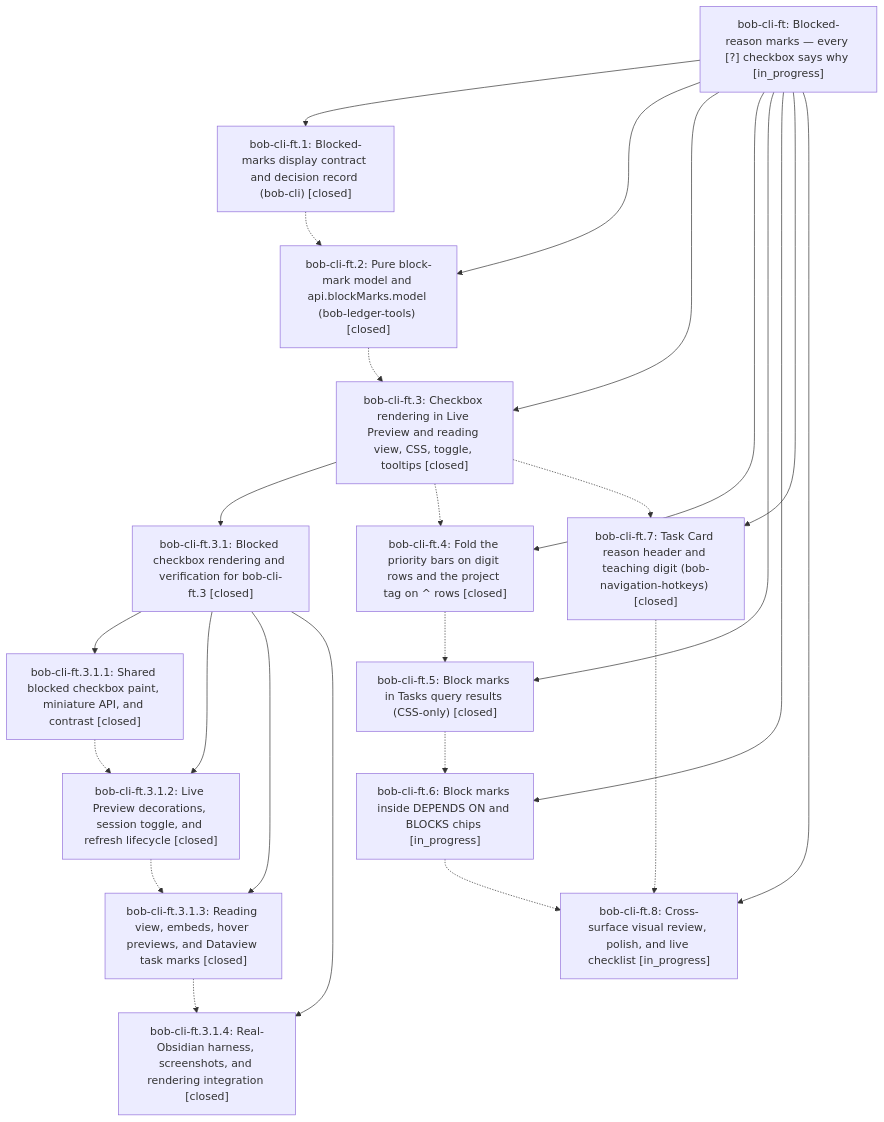
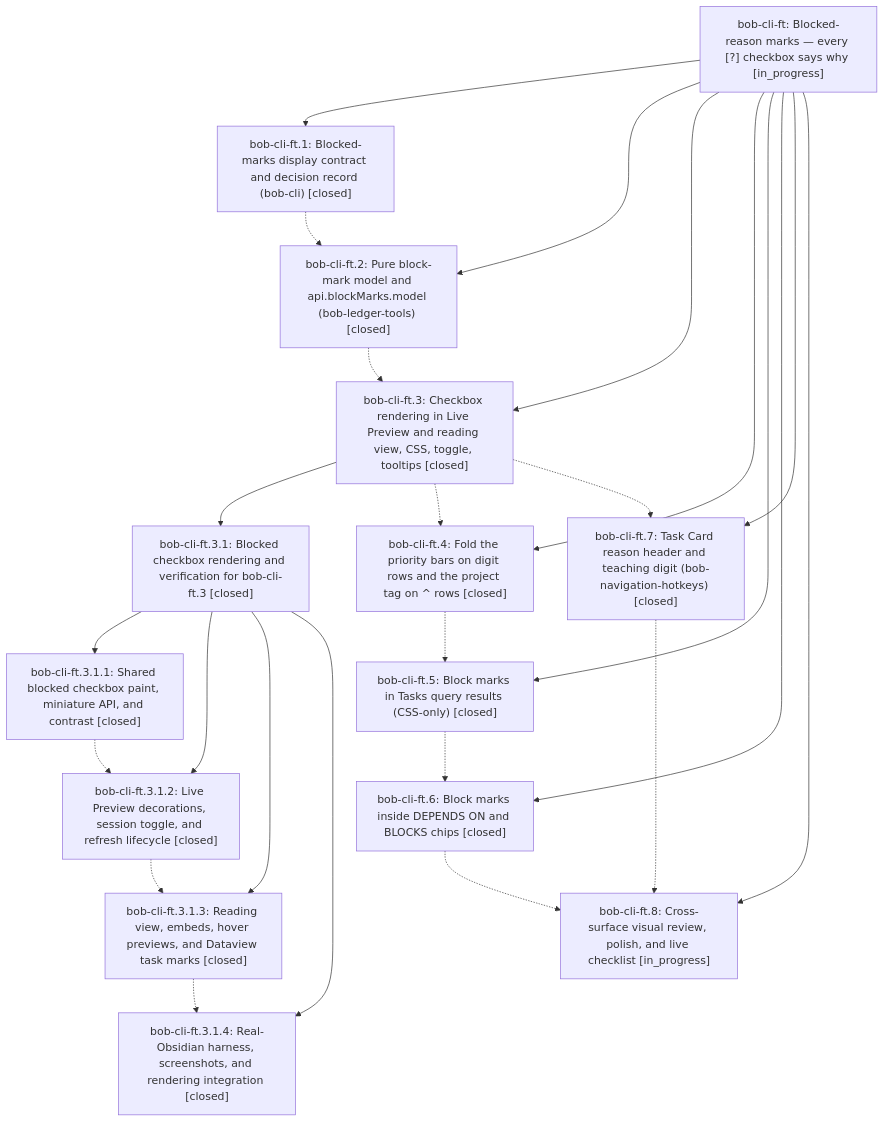
One commit to bobs-org/bob-cli--beads changed the diagram in pages/bob-cli-ft/README.md. Above: the diagram before and after it, drawn with Mermaid. The commit also changed other lines of this file and 3 other files, not shown here.

First line of the commit message:
chore(beads): sync bead state and pages for bob-cli-ft

````diff
--- a/pages/bob-cli-ft/README.md
+++ b/pages/bob-cli-ft/README.md
@@ -43,41 +43,41 @@
 ```mermaid
 flowchart TD
     n0["bob-cli-ft: Blocked-reason marks — every [?] checkbox says why [in_progress]"]
     n1["bob-cli-ft.1: Blocked-marks display contract and decision record (bob-cli) [closed]"]
     n2["bob-cli-ft.2: Pure block-mark model and api.blockMarks.model (bob-ledger-tools) [closed]"]
     n3["bob-cli-ft.3: Checkbox rendering in Live Preview and reading view, CSS, toggle, tooltips [closed]"]
     n4["bob-cli-ft.3.1: Blocked checkbox rendering and verification for bob-cli-ft.3 [closed]"]
     n5["bob-cli-ft.3.1.1: Shared blocked checkbox paint, miniature API, and contrast [closed]"]
     n6["bob-cli-ft.3.1.2: Live Preview decorations, session toggle, and refresh lifecycle [closed]"]
     n7["bob-cli-ft.3.1.3: Reading view, embeds, hover previews, and Dataview task marks [closed]"]
     n8["bob-cli-ft.3.1.4: Real-Obsidian harness, screenshots, and rendering integration [closed]"]
     n9["bob-cli-ft.4: Fold the priority bars on digit rows and the project tag on ^ rows [closed]"]
     n10["bob-cli-ft.5: Block marks in Tasks query results (CSS-only) [closed]"]
-    n11["bob-cli-ft.6: Block marks inside DEPENDS ON and BLOCKS chips [in_progress]"]
+    n11["bob-cli-ft.6: Block marks inside DEPENDS ON and BLOCKS chips [closed]"]
     n12["bob-cli-ft.7: Task Card reason header and teaching digit (bob-navigation-hotkeys) [closed]"]
     n13["bob-cli-ft.8: Cross-surface visual review, polish, and live checklist [in_progress]"]
     n0 --> n1
     n0 --> n2
     n0 --> n3
     n3 --> n4
     n4 --> n5
     n4 --> n6
     n4 --> n7
     n4 --> n8
     n0 --> n9
     n0 --> n10
     n0 --> n11
     n0 --> n12
     n0 --> n13
     n1 -.-> n2
     n2 -.-> n3
     n3 -.-> n9
     n3 -.-> n12
     n5 -.-> n6
     n6 -.-> n7
     n7 -.-> n8
     n9 -.-> n10
     n10 -.-> n11
     n11 -.-> n13
     n12 -.-> n13
 ```
````
